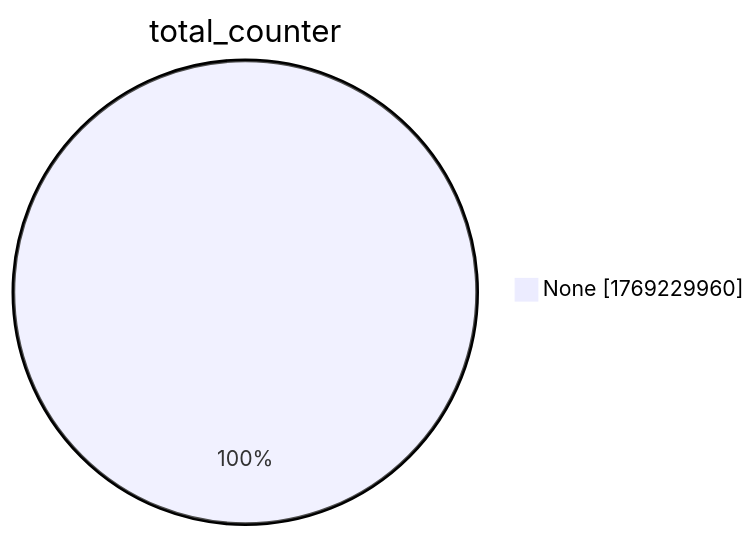
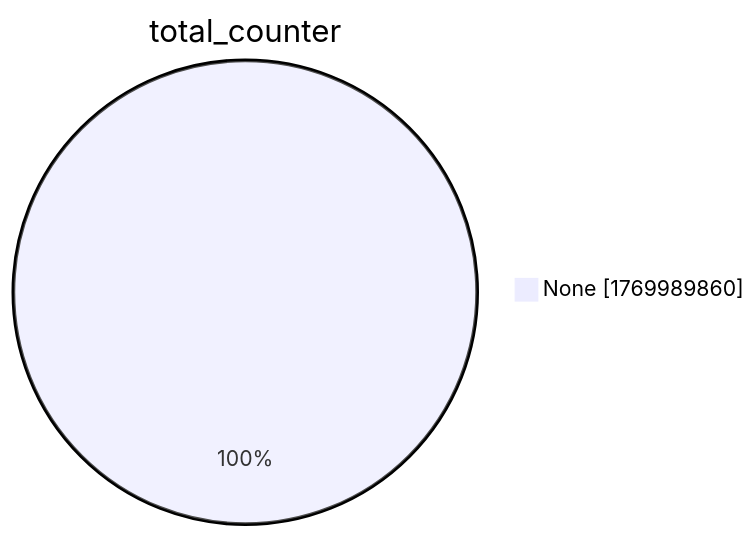
The second of 15 diagrams in xenon2022/README.md (christiankrug/ctmonitor_visualization), drawn with Mermaid before and after one commit. The commit also changed other lines of this file, not shown here.

````diff
--- a/xenon2022/README.md
+++ b/xenon2022/README.md
@@ -9,5 +9,5 @@
 ```mermaid
 pie showData
 title total_counter
-"None" :1769229960
+"None" :1769989860
 ```
````
